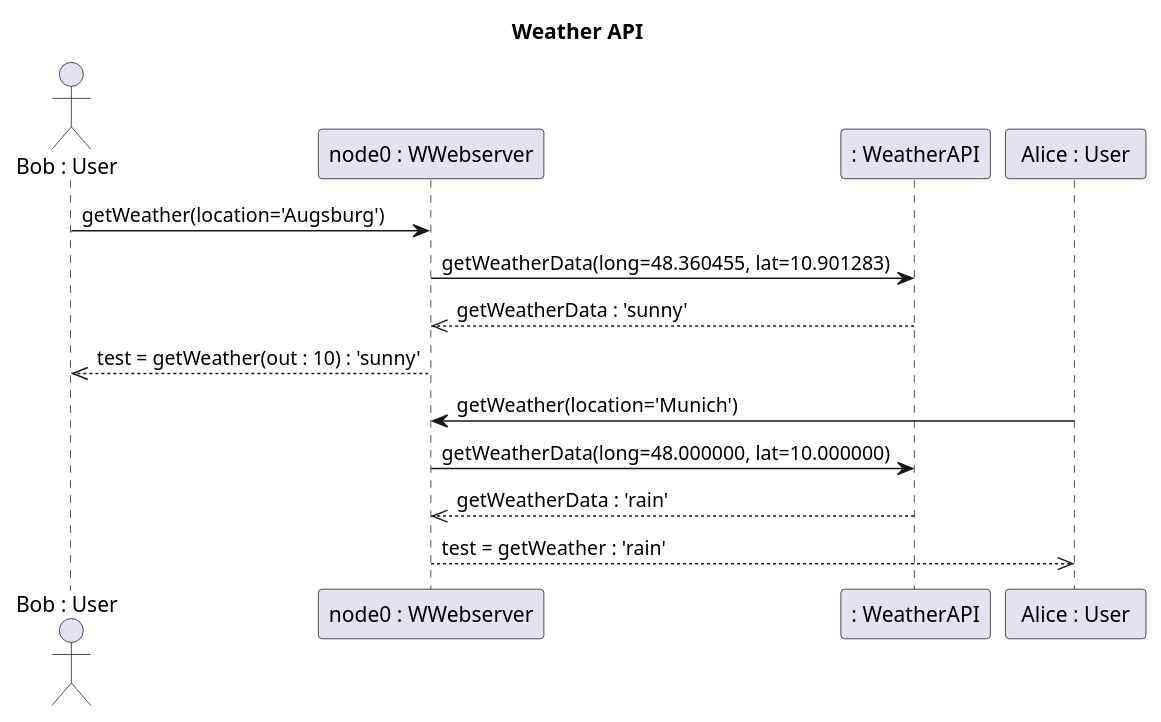
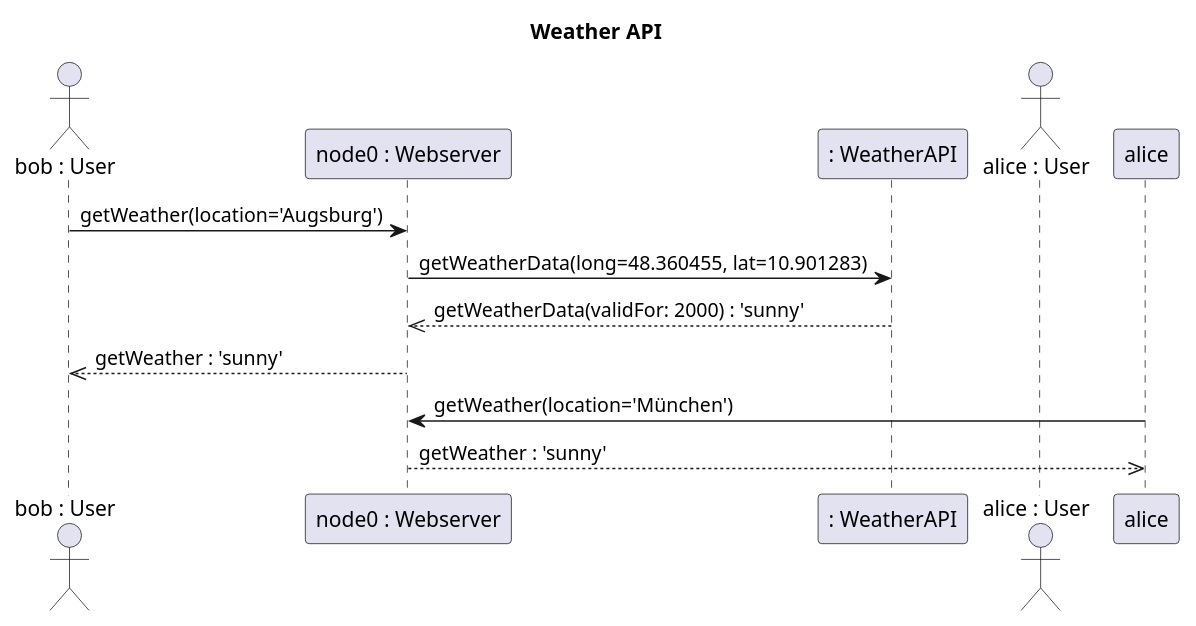
Before and after one commit to elite-se/mdd-puml-to-uml: the diagram in qvto/models/example.plantuml, drawn with PlantUML. The commit also changed 1 other file, not shown here.

```diff
--- a/qvto/models/example.plantuml
+++ b/qvto/models/example.plantuml
@@ -1,20 +1,18 @@
 @startuml
 
 title Weather API
 
-actor " Bob : User " as bob
-participant "node0 : WWebserver" as node0
-participant ": WeatherAPI" as weatherapi
-participant " Alice : User " as Alice
+actor "bob : User" as bob
+participant "node0 : Webserver" as node0
+participant ": WeatherAPI"
+actor "alice : User"
 
 bob -> node0: getWeather(location='Augsburg')
-node0 -> weatherapi: getWeatherData(long=48.360455, lat=10.901283)
-node0 <<-- weatherapi: getWeatherData : 'sunny'
-bob <<-- node0: test = getWeather(out : 10) : 'sunny'
+node0 -> ": WeatherAPI" : getWeatherData(long=48.360455, lat=10.901283)
+node0 <<-- ": WeatherAPI" : getWeatherData(validFor: 2000) : 'sunny'
+bob <<-- node0: getWeather : 'sunny'
 
-Alice -> node0: getWeather(location='Munich')
-node0 -> weatherapi: getWeatherData(long=48.000000, lat=10.000000)
-node0 <<-- weatherapi: getWeatherData : 'rain'
-Alice <<-- node0: test = getWeather : 'rain'
+alice -> node0: getWeather(location='München')
+alice <<-- node0: getWeather : 'sunny'
 
 @enduml
```
